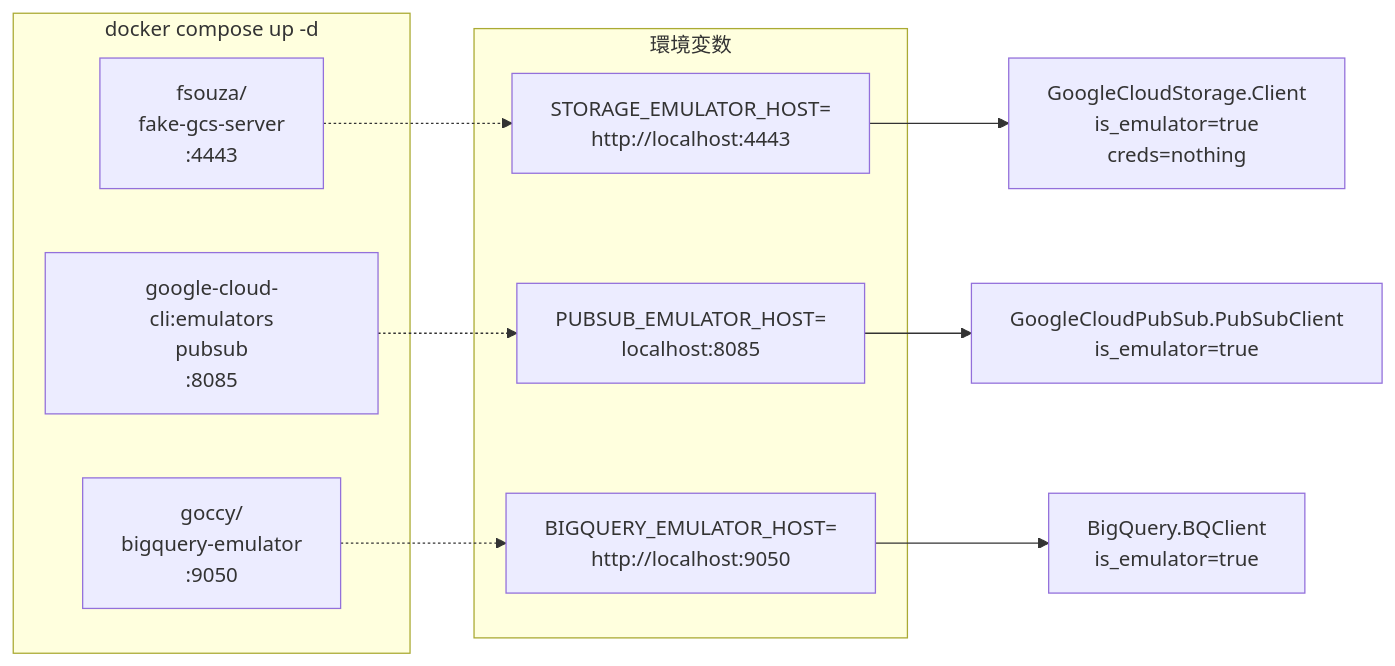
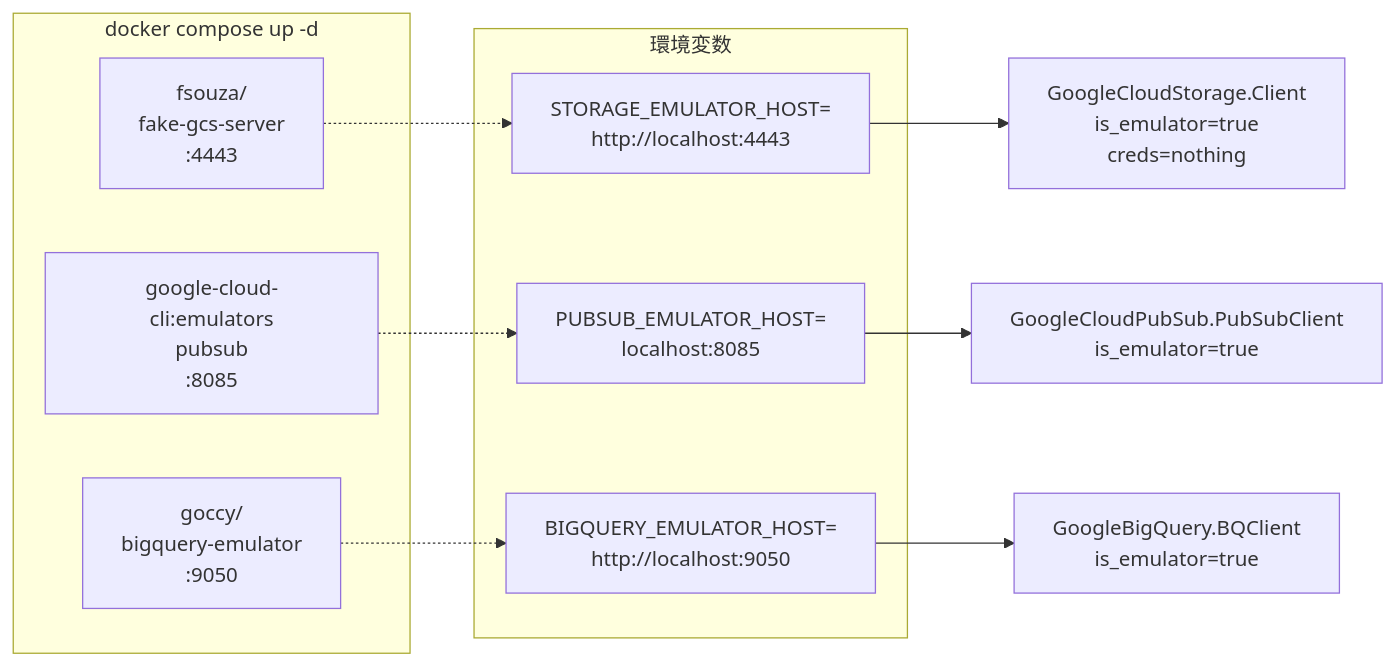
One commit to takuizum/GoogleCloudAPIs.jl changed diagram 13 of 15 in ARCHITECTURE.md. Above: the diagram before and after it, drawn with Mermaid. The commit also changed other lines of this file and 27 other files, not shown here.

First line of the commit message:
rename: BigQuery.jl -> GoogleBigQuery.jl (package + module) (#29)

````diff
--- a/ARCHITECTURE.md
+++ b/ARCHITECTURE.md
@@ -808,22 +808,22 @@
 ```mermaid
 graph LR
     subgraph Docker["docker compose up -d"]
         GCS["fsouza/<br/>fake-gcs-server<br/>:4443"]
         PS["google-cloud-cli:emulators<br/>pubsub<br/>:8085"]
         BQ["goccy/<br/>bigquery-emulator<br/>:9050"]
     end
 
     subgraph Env["環境変数"]
         E1[STORAGE_EMULATOR_HOST=<br/>http://localhost:4443]
         E2[PUBSUB_EMULATOR_HOST=<br/>localhost:8085]
         E3[BIGQUERY_EMULATOR_HOST=<br/>http://localhost:9050]
     end
 
     GCS -.-> E1
     PS -.-> E2
     BQ -.-> E3
 
     E1 --> CGCS[GoogleCloudStorage.Client<br/>is_emulator=true<br/>creds=nothing]
     E2 --> CPS[GoogleCloudPubSub.PubSubClient<br/>is_emulator=true]
-    E3 --> CBQ[BigQuery.BQClient<br/>is_emulator=true]
+    E3 --> CBQ[GoogleBigQuery.BQClient<br/>is_emulator=true]
 ```
````
